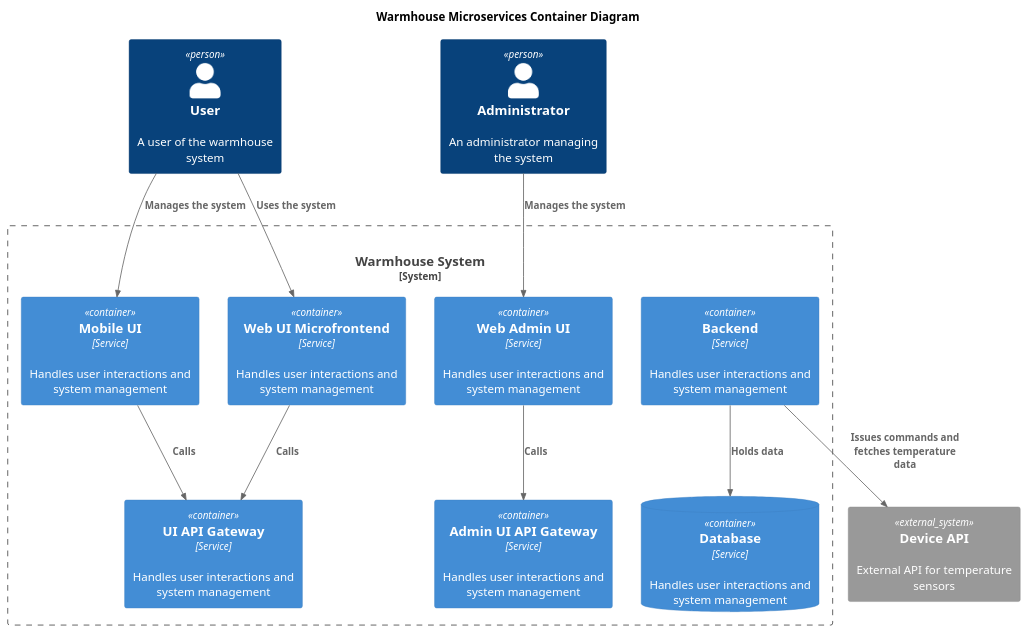
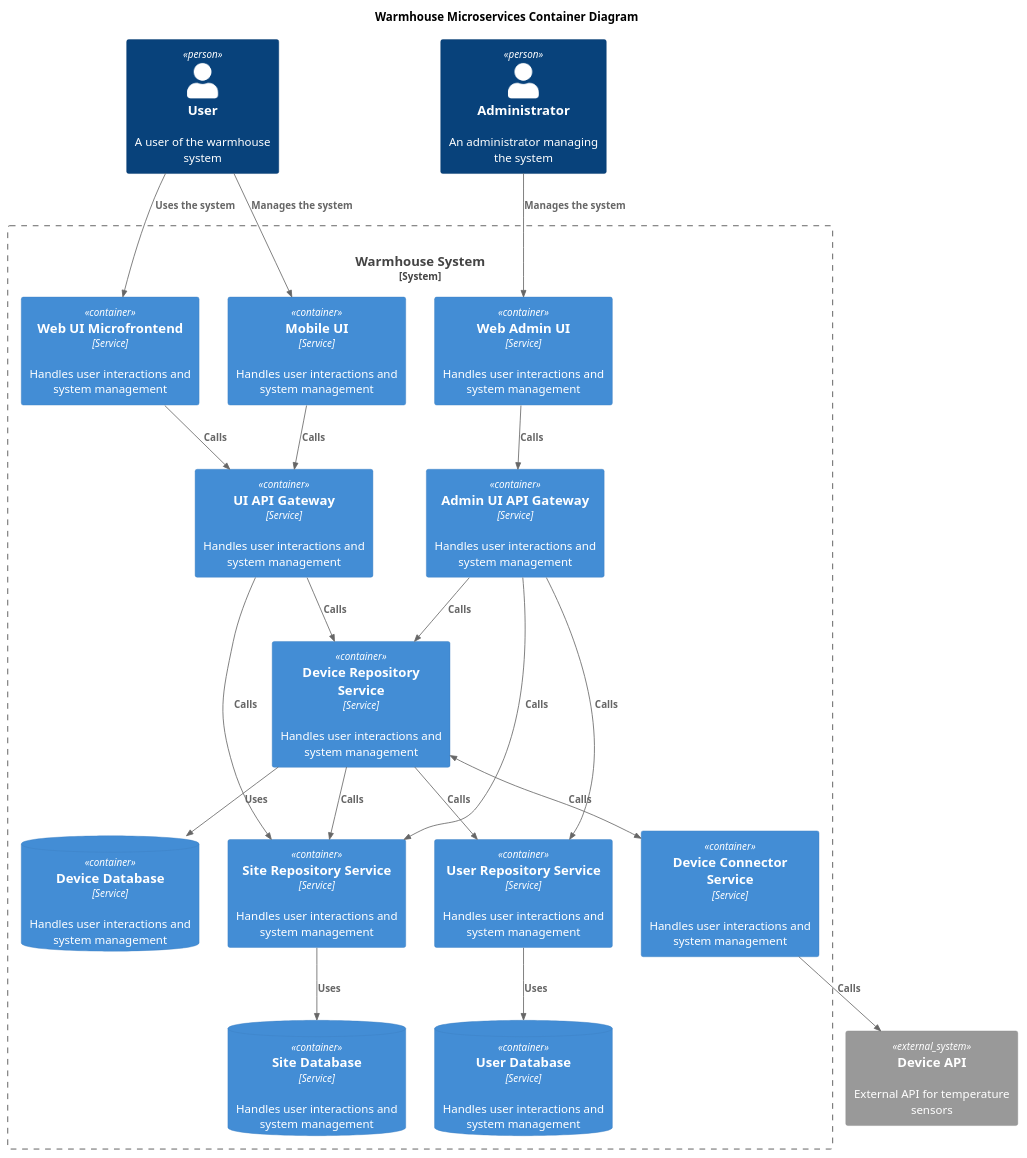
Before and after one commit to El-76/architect-warmhouse: the diagram in schemas/MicroservicesContainer.puml, drawn with PlantUML. The commit also changed 6 other files, not shown here.

```diff
--- a/schemas/MicroservicesContainer.puml
+++ b/schemas/MicroservicesContainer.puml
@@ -1,32 +1,49 @@
 @startuml Microservices
 
 title Warmhouse Microservices Container Diagram
 
-!include https://raw.githubusercontent.com/plantuml-stdlib/C4-PlantUML/master/C4_Component.puml
+!include <C4/C4_Component>
 
 Person(User, "User", "A user of the warmhouse system")
 Person(Admin, "Administrator", "An administrator managing the system")
 'System(WarmhouseSystem, "Warmhouse System", "System managing, issuing commands to and collecting data from temperature sensors")
 
 System_Boundary(WarmhouseSystem, "Warmhouse System", "System managing, issuing commands to and collecting data from temperature sensors") {
     Container(WebUI, "Web UI Microfrontend", "Service", "Handles user interactions and system management")
     Container(MobileUI, "Mobile UI", "Service", "Handles user interactions and system management")
     Container(UIAPIGateway, "UI API Gateway", "Service", "Handles user interactions and system management")
     Container(WebAdminUI, "Web Admin UI", "Service", "Handles user interactions and system management")
     Container(AdminUIAPIGateway, "Admin UI API Gateway", "Service", "Handles user interactions and system management")
-    Container(Backend, "Backend", "Service", "Handles user interactions and system management")
-    ContainerDb(Database, "Database", "Service", "Handles user interactions and system management")
+    Container(DeviceRepositoryService, "Device Repository Service", "Service", "Handles user interactions and system management")
+    ContainerDb(DeviceRepositoryDatabase, "Device Database", "Service", "Handles user interactions and system management")
+    Container(DeviceConnectorService, "Device Connector Service", "Service", "Handles user interactions and system management")
+    Container(SiteRepositoryService, "Site Repository Service", "Service", "Handles user interactions and system management")
+    ContainerDb(SiteRepositoryDatabase, "Site Database", "Service", "Handles user interactions and system management")
+    Container(UserRepositoryService, "User Repository Service", "Service", "Handles user interactions and system management")
+    ContainerDb(UserRepositoryDatabase, "User Database", "Service", "Handles user interactions and system management")
 }
 
 System_Ext(DeviceAPI, "Device API", "External API for temperature sensors")
 
 Rel(User, WebUI, "Uses the system")
 Rel(User, MobileUI, "Manages the system")
 Rel(Admin, WebAdminUI, "Manages the system")
 Rel(WebUI, UIAPIGateway, "Calls")
 Rel(MobileUI, UIAPIGateway, "Calls")
+Rel(UIAPIGateway, DeviceRepositoryService, "Calls")
+Rel(DeviceRepositoryService, DeviceRepositoryDatabase, "Uses")
+Rel(UIAPIGateway, SiteRepositoryService, "Calls")
+Rel(SiteRepositoryService, SiteRepositoryDatabase, "Uses")
+Rel(DeviceRepositoryService, SiteRepositoryService, "Calls")
+BiRel(DeviceRepositoryService, DeviceConnectorService, "Calls")
+Rel(DeviceRepositoryService, UserRepositoryService, "Calls")
+Rel(DeviceConnectorService, DeviceAPI, "Calls")
+Rel(UserRepositoryService, UserRepositoryDatabase, "Uses")
 Rel(WebAdminUI, AdminUIAPIGateway, "Calls")
-Rel(Backend, Database, "Holds data")
-Rel(Backend, DeviceAPI, "Issues commands and fetches temperature data")
+Rel(AdminUIAPIGateway, DeviceRepositoryService, "Calls")
+Rel(AdminUIAPIGateway, UserRepositoryService, "Calls")
+Rel(AdminUIAPIGateway, SiteRepositoryService, "Calls")
+
+
 
 @enduml
```
